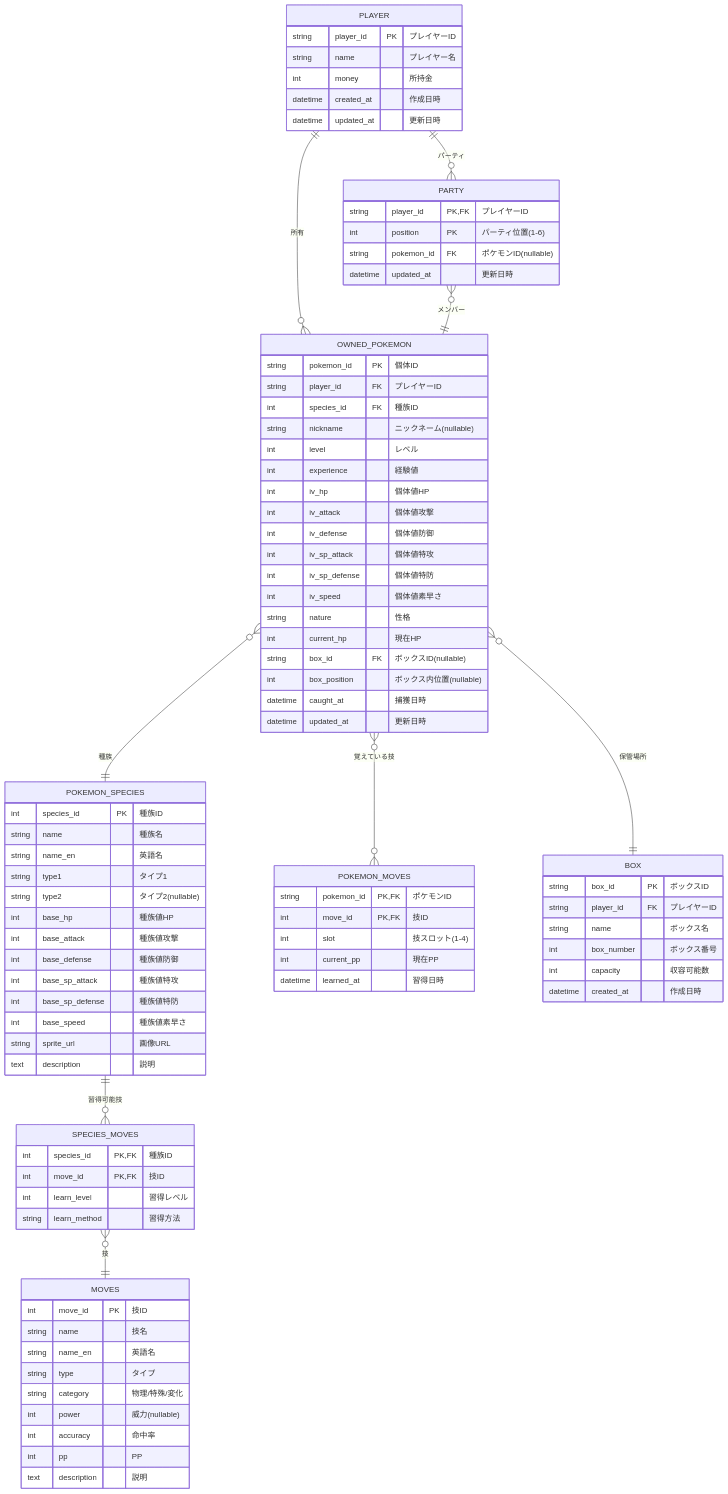
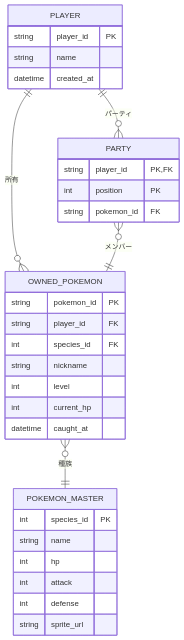
The first of 3 diagrams in docs/pokemon-management-system.md (okayus/pokemon-like-game-tutorial), drawn with Mermaid before and after one commit. The commit also changed other lines of this file and 9 other files, not shown here.

````diff
--- a/docs/pokemon-management-system.md
+++ b/docs/pokemon-management-system.md
@@ -50,99 +43,38 @@
 ```mermaid
 erDiagram
     PLAYER ||--o{ OWNED_POKEMON : "所有"
-    OWNED_POKEMON }o--|| POKEMON_SPECIES : "種族"
-    OWNED_POKEMON }o--o{ POKEMON_MOVES : "覚えている技"
-    POKEMON_SPECIES ||--o{ SPECIES_MOVES : "習得可能技"
-    SPECIES_MOVES }o--|| MOVES : "技"
-    OWNED_POKEMON }o--|| BOX : "保管場所"
+    OWNED_POKEMON }o--|| POKEMON_MASTER : "種族"
     PLAYER ||--o{ PARTY : "パーティ"
     PARTY }o--|| OWNED_POKEMON : "メンバー"
 
     PLAYER {
-        string player_id PK "プレイヤーID"
-        string name "プレイヤー名"
-        int money "所持金"
-        datetime created_at "作成日時"
-        datetime updated_at "更新日時"
+        string player_id PK
+        string name
+        datetime created_at
     }
 
-    POKEMON_SPECIES {
-        int species_id PK "種族ID"
-        string name "種族名"
-        string name_en "英語名"
-        string type1 "タイプ1"
-        string type2 "タイプ2(nullable)"
-        int base_hp "種族値HP"
-        int base_attack "種族値攻撃"
-        int base_defense "種族値防御"
-        int base_sp_attack "種族値特攻"
-        int base_sp_defense "種族値特防"
-        int base_speed "種族値素早さ"
-        string sprite_url "画像URL"
-        text description "説明"
+    POKEMON_MASTER {
+        int species_id PK
+        string name
+        int hp
+        int attack
+        int defense
+        string sprite_url
     }
 
     OWNED_POKEMON {
-        string pokemon_id PK "個体ID"
-        string player_id FK "プレイヤーID"
-        int species_id FK "種族ID"
-        string nickname "ニックネーム(nullable)"
-        int level "レベル"
-        int experience "経験値"
-        int iv_hp "個体値HP"
-        int iv_attack "個体値攻撃"
-        int iv_defense "個体値防御"
-        int iv_sp_attack "個体値特攻"
-        int iv_sp_defense "個体値特防"
-        int iv_speed "個体値素早さ"
-        string nature "性格"
-        int current_hp "現在HP"
-        string box_id FK "ボックスID(nullable)"
-        int box_position "ボックス内位置(nullable)"
-        datetime caught_at "捕獲日時"
-        datetime updated_at "更新日時"
-    }
-
-    MOVES {
-        int move_id PK "技ID"
-        string name "技名"
-        string name_en "英語名"
-        string type "タイプ"
-        string category "物理/特殊/変化"
-        int power "威力(nullable)"
-        int accuracy "命中率"
-        int pp "PP"
-        text description "説明"
-    }
-
-    POKEMON_MOVES {
-        string pokemon_id PK,FK "ポケモンID"
-        int move_id PK,FK "技ID"
-        int slot "技スロット(1-4)"
-        int current_pp "現在PP"
-        datetime learned_at "習得日時"
-    }
-
-    SPECIES_MOVES {
-        int species_id PK,FK "種族ID"
-        int move_id PK,FK "技ID"
-        int learn_level "習得レベル"
-        string learn_method "習得方法"
-    }
-
-    BOX {
-        string box_id PK "ボックスID"
-        string player_id FK "プレイヤーID"
-        string name "ボックス名"
-        int box_number "ボックス番号"
-        int capacity "収容可能数"
-        datetime created_at "作成日時"
+        string pokemon_id PK
+        string player_id FK
+        int species_id FK
+        string nickname
+        int level
+        int current_hp
+        datetime caught_at
     }
 
     PARTY {
-        string player_id PK,FK "プレイヤーID"
-        int position PK "パーティ位置(1-6)"
-        string pokemon_id FK "ポケモンID(nullable)"
-        datetime updated_at "更新日時"
+        string player_id PK,FK
+        int position PK
+        string pokemon_id FK
     }
 ```
````
